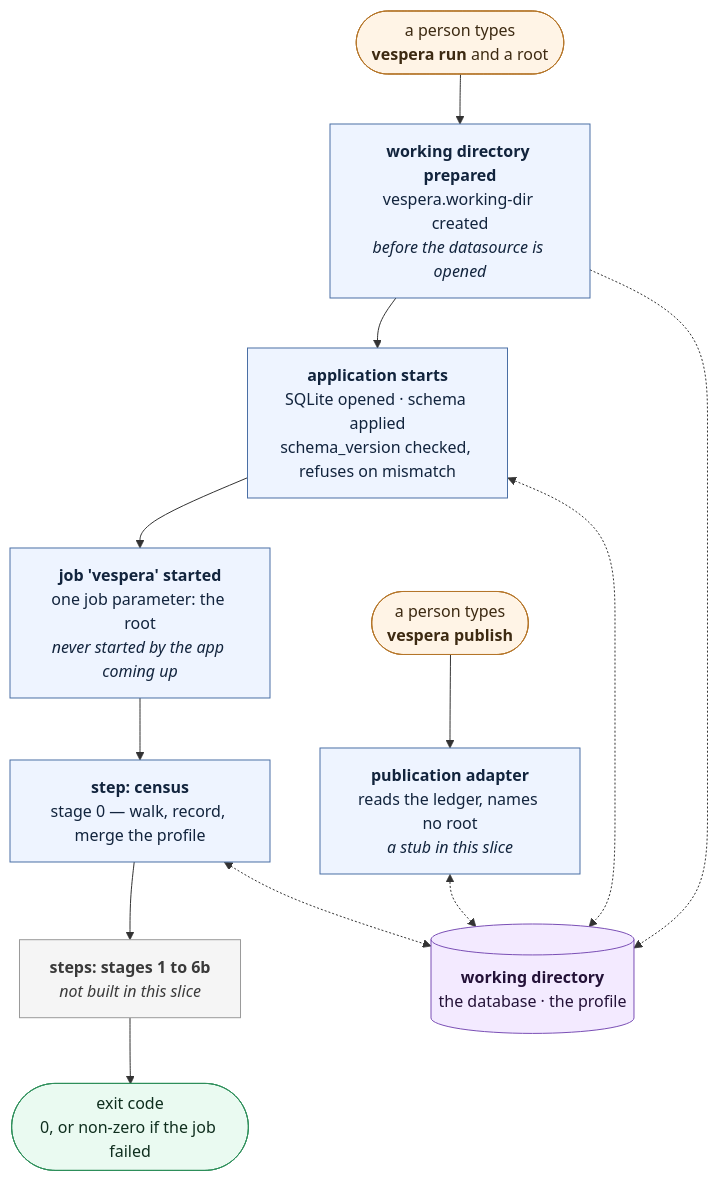
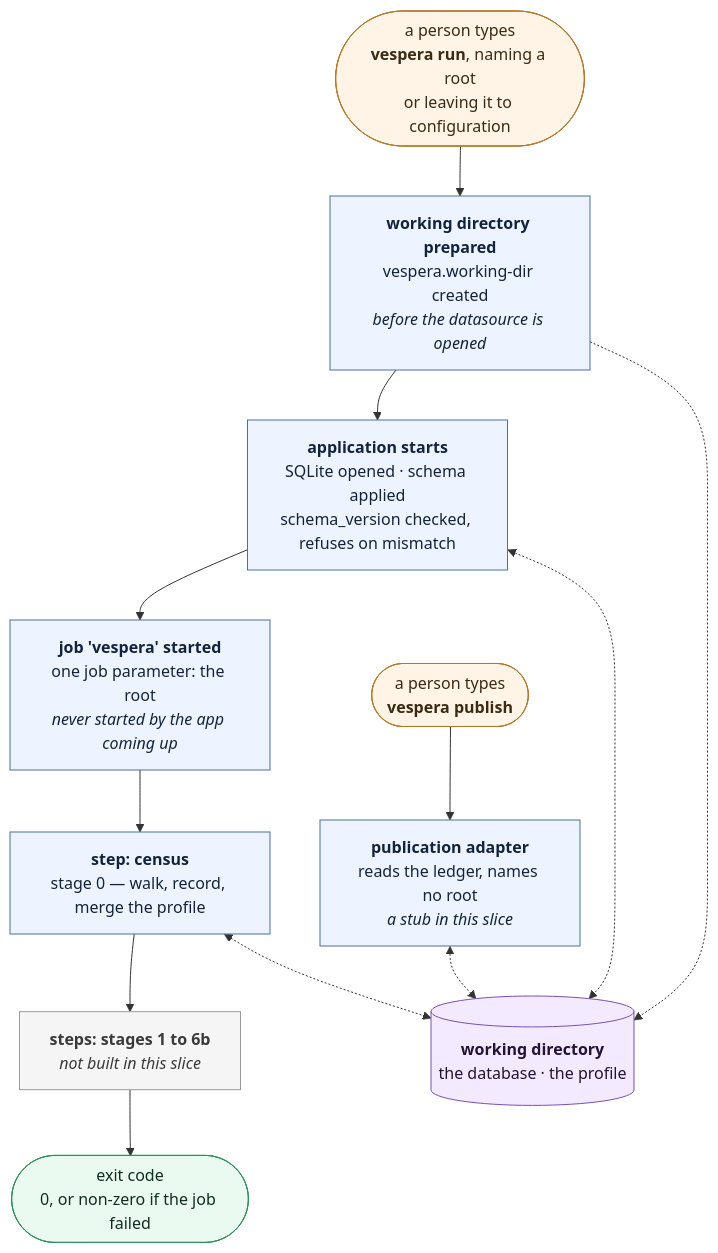
The fifth of 6 diagrams in docs/architecture.md (algernon28/vespera), drawn with Mermaid before and after one commit. The commit also changed other lines of this file and 8 other files, not shown here.

````diff
--- a/docs/architecture.md
+++ b/docs/architecture.md
@@ -248,34 +248,34 @@
 ```mermaid
 flowchart TD
-    OP(["a person types<br/><b>vespera run</b> and a root"])
+    OP(["a person types<br/><b>vespera run</b>, naming a root<br/>or leaving it to configuration"])
     PREP["<b>working directory prepared</b><br/>vespera.working-dir created<br/><i>before the datasource is opened</i>"]
     BOOT["<b>application starts</b><br/>SQLite opened · schema applied<br/>schema_version checked, refuses on mismatch"]
     JOB["<b>job 'vespera' started</b><br/>one job parameter: the root<br/><i>never started by the app coming up</i>"]
     S0["<b>step: census</b><br/>stage 0 — walk, record, merge the profile"]
     LATER["<b>steps: stages 1 to 6b</b><br/><i>not built in this slice</i>"]
     EXIT(["exit code<br/>0, or non-zero if the job failed"])
 
     PUBOP(["a person types<br/><b>vespera publish</b>"])
     PUB["<b>publication adapter</b><br/>reads the ledger, names no root<br/><i>a stub in this slice</i>"]
 
     STORE[("<b>working directory</b><br/>the database · the profile")]
 
     OP --> PREP --> BOOT --> JOB --> S0 --> LATER --> EXIT
     PUBOP --> PUB
 
     PREP -.-> STORE
     BOOT <-.-> STORE
     S0 <-.-> STORE
     PUB <-.-> STORE
 
     classDef human fill:#fff4e6,stroke:#b5762a,color:#3d2a12
     classDef step fill:#eef4ff,stroke:#4a6fa5,color:#12243d
     classDef later fill:#f5f5f5,stroke:#9a9a9a,color:#3a3a3a
     classDef store fill:#f3eaff,stroke:#7a4fb5,color:#241238
     classDef out fill:#eafaf1,stroke:#2f8f5b,color:#0f2e1e
     class OP,PUBOP human
     class PREP,BOOT,JOB,S0,PUB step
     class LATER later
     class STORE store
     class EXIT out
 ```
````
